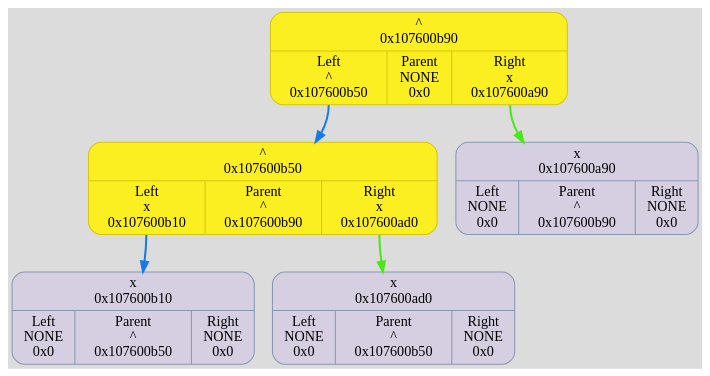
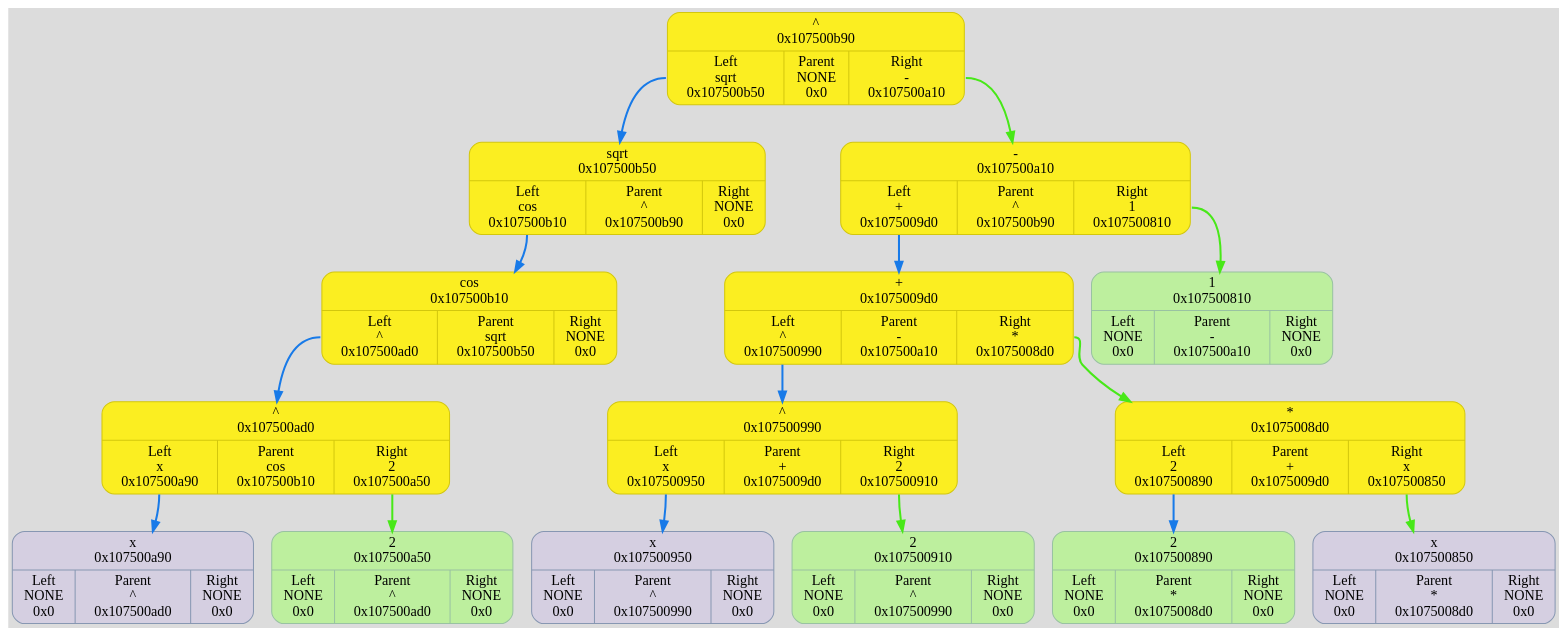
The diagram in dump/graph.dot (TolikRogov/Differentiator), drawn with Graphviz before and after one commit. The commit also changed 19 other files, not shown here.

```diff
--- a/dump/graph.dot
+++ b/dump/graph.dot
@@ -1,14 +1,34 @@
 digraph {
 	fontname = "UbuntuMono";
 	bgcolor = "#DCDCDC";
 
-	node0x107600b90 [ shape = Mrecord; style = filled; fillcolor = "#FBEE21"; color = "#D3C70D"; fontcolor = "#000000"; label = " { ^\n0x107600b90 | { <left> Left\n^\n0x107600b50 | Parent\nNONE\n0x0 | <right> Right\nx\n0x107600a90 } } "; ];
-	node0x107600b90:<left> -> node0x107600b50 [ style = "bold"; color = "#187AE8"; label = ""; ];
-	node0x107600b50 [ shape = Mrecord; style = filled; fillcolor = "#FBEE21"; color = "#D3C70D"; fontcolor = "#000000"; label = " { ^\n0x107600b50 | { <left> Left\nx\n0x107600b10 | Parent\n^\n0x107600b90 | <right> Right\nx\n0x107600ad0 } } "; ];
-	node0x107600b50:<left> -> node0x107600b10 [ style = "bold"; color = "#187AE8"; label = ""; ];
-	node0x107600b10 [ shape = Mrecord; style = filled; fillcolor = "#D5CFE1"; color = "#8797b2"; fontcolor = "#000000"; label = " { x\n0x107600b10 | { <left> Left\nNONE\n0x0 | Parent\n^\n0x107600b50 | <right> Right\nNONE\n0x0 } } "; ];
-	node0x107600ad0 [ shape = Mrecord; style = filled; fillcolor = "#D5CFE1"; color = "#8797b2"; fontcolor = "#000000"; label = " { x\n0x107600ad0 | { <left> Left\nNONE\n0x0 | Parent\n^\n0x107600b50 | <right> Right\nNONE\n0x0 } } "; ];
-	node0x107600b50:<right> -> node0x107600ad0 [ style = "bold"; color = "#48E818"; label = ""; ];
-	node0x107600a90 [ shape = Mrecord; style = filled; fillcolor = "#D5CFE1"; color = "#8797b2"; fontcolor = "#000000"; label = " { x\n0x107600a90 | { <left> Left\nNONE\n0x0 | Parent\n^\n0x107600b90 | <right> Right\nNONE\n0x0 } } "; ];
-	node0x107600b90:<right> -> node0x107600a90 [ style = "bold"; color = "#48E818"; label = ""; ];
+	node0x107500b90 [ shape = Mrecord; style = filled; fillcolor = "#FBEE21"; color = "#D3C70D"; fontcolor = "#000000"; label = " { ^\n0x107500b90 | { <left> Left\nsqrt\n0x107500b50 | Parent\nNONE\n0x0 | <right> Right\n-\n0x107500a10 } } "; ];
+	node0x107500b90:<left> -> node0x107500b50 [ style = "bold"; color = "#187AE8"; label = ""; ];
+	node0x107500b50 [ shape = Mrecord; style = filled; fillcolor = "#FBEE21"; color = "#D3C70D"; fontcolor = "#000000"; label = " { sqrt\n0x107500b50 | { <left> Left\ncos\n0x107500b10 | Parent\n^\n0x107500b90 | <right> Right\nNONE\n0x0 } } "; ];
+	node0x107500b50:<left> -> node0x107500b10 [ style = "bold"; color = "#187AE8"; label = ""; ];
+	node0x107500b10 [ shape = Mrecord; style = filled; fillcolor = "#FBEE21"; color = "#D3C70D"; fontcolor = "#000000"; label = " { cos\n0x107500b10 | { <left> Left\n^\n0x107500ad0 | Parent\nsqrt\n0x107500b50 | <right> Right\nNONE\n0x0 } } "; ];
+	node0x107500b10:<left> -> node0x107500ad0 [ style = "bold"; color = "#187AE8"; label = ""; ];
+	node0x107500ad0 [ shape = Mrecord; style = filled; fillcolor = "#FBEE21"; color = "#D3C70D"; fontcolor = "#000000"; label = " { ^\n0x107500ad0 | { <left> Left\nx\n0x107500a90 | Parent\ncos\n0x107500b10 | <right> Right\n2\n0x107500a50 } } "; ];
+	node0x107500ad0:<left> -> node0x107500a90 [ style = "bold"; color = "#187AE8"; label = ""; ];
+	node0x107500a90 [ shape = Mrecord; style = filled; fillcolor = "#D5CFE1"; color = "#8797b2"; fontcolor = "#000000"; label = " { x\n0x107500a90 | { <left> Left\nNONE\n0x0 | Parent\n^\n0x107500ad0 | <right> Right\nNONE\n0x0 } } "; ];
+	node0x107500a50 [ shape = Mrecord; style = filled; fillcolor = "#BDEF9E"; color = "#99c2a2"; fontcolor = "#000000"; label = " { 2\n0x107500a50 | { <left> Left\nNONE\n0x0 | Parent\n^\n0x107500ad0 | <right> Right\nNONE\n0x0 } } "; ];
+	node0x107500ad0:<right> -> node0x107500a50 [ style = "bold"; color = "#48E818"; label = ""; ];
+	node0x107500a10 [ shape = Mrecord; style = filled; fillcolor = "#FBEE21"; color = "#D3C70D"; fontcolor = "#000000"; label = " { -\n0x107500a10 | { <left> Left\n+\n0x1075009d0 | Parent\n^\n0x107500b90 | <right> Right\n1\n0x107500810 } } "; ];
+	node0x107500a10:<left> -> node0x1075009d0 [ style = "bold"; color = "#187AE8"; label = ""; ];
+	node0x1075009d0 [ shape = Mrecord; style = filled; fillcolor = "#FBEE21"; color = "#D3C70D"; fontcolor = "#000000"; label = " { +\n0x1075009d0 | { <left> Left\n^\n0x107500990 | Parent\n-\n0x107500a10 | <right> Right\n*\n0x1075008d0 } } "; ];
+	node0x1075009d0:<left> -> node0x107500990 [ style = "bold"; color = "#187AE8"; label = ""; ];
+	node0x107500990 [ shape = Mrecord; style = filled; fillcolor = "#FBEE21"; color = "#D3C70D"; fontcolor = "#000000"; label = " { ^\n0x107500990 | { <left> Left\nx\n0x107500950 | Parent\n+\n0x1075009d0 | <right> Right\n2\n0x107500910 } } "; ];
+	node0x107500990:<left> -> node0x107500950 [ style = "bold"; color = "#187AE8"; label = ""; ];
+	node0x107500950 [ shape = Mrecord; style = filled; fillcolor = "#D5CFE1"; color = "#8797b2"; fontcolor = "#000000"; label = " { x\n0x107500950 | { <left> Left\nNONE\n0x0 | Parent\n^\n0x107500990 | <right> Right\nNONE\n0x0 } } "; ];
+	node0x107500910 [ shape = Mrecord; style = filled; fillcolor = "#BDEF9E"; color = "#99c2a2"; fontcolor = "#000000"; label = " { 2\n0x107500910 | { <left> Left\nNONE\n0x0 | Parent\n^\n0x107500990 | <right> Right\nNONE\n0x0 } } "; ];
+	node0x107500990:<right> -> node0x107500910 [ style = "bold"; color = "#48E818"; label = ""; ];
+	node0x1075008d0 [ shape = Mrecord; style = filled; fillcolor = "#FBEE21"; color = "#D3C70D"; fontcolor = "#000000"; label = " { *\n0x1075008d0 | { <left> Left\n2\n0x107500890 | Parent\n+\n0x1075009d0 | <right> Right\nx\n0x107500850 } } "; ];
+	node0x1075008d0:<left> -> node0x107500890 [ style = "bold"; color = "#187AE8"; label = ""; ];
+	node0x107500890 [ shape = Mrecord; style = filled; fillcolor = "#BDEF9E"; color = "#99c2a2"; fontcolor = "#000000"; label = " { 2\n0x107500890 | { <left> Left\nNONE\n0x0 | Parent\n*\n0x1075008d0 | <right> Right\nNONE\n0x0 } } "; ];
+	node0x107500850 [ shape = Mrecord; style = filled; fillcolor = "#D5CFE1"; color = "#8797b2"; fontcolor = "#000000"; label = " { x\n0x107500850 | { <left> Left\nNONE\n0x0 | Parent\n*\n0x1075008d0 | <right> Right\nNONE\n0x0 } } "; ];
+	node0x1075008d0:<right> -> node0x107500850 [ style = "bold"; color = "#48E818"; label = ""; ];
+	node0x1075009d0:<right> -> node0x1075008d0 [ style = "bold"; color = "#48E818"; label = ""; ];
+	node0x107500810 [ shape = Mrecord; style = filled; fillcolor = "#BDEF9E"; color = "#99c2a2"; fontcolor = "#000000"; label = " { 1\n0x107500810 | { <left> Left\nNONE\n0x0 | Parent\n-\n0x107500a10 | <right> Right\nNONE\n0x0 } } "; ];
+	node0x107500a10:<right> -> node0x107500810 [ style = "bold"; color = "#48E818"; label = ""; ];
+	node0x107500b90:<right> -> node0x107500a10 [ style = "bold"; color = "#48E818"; label = ""; ];
 }
```
